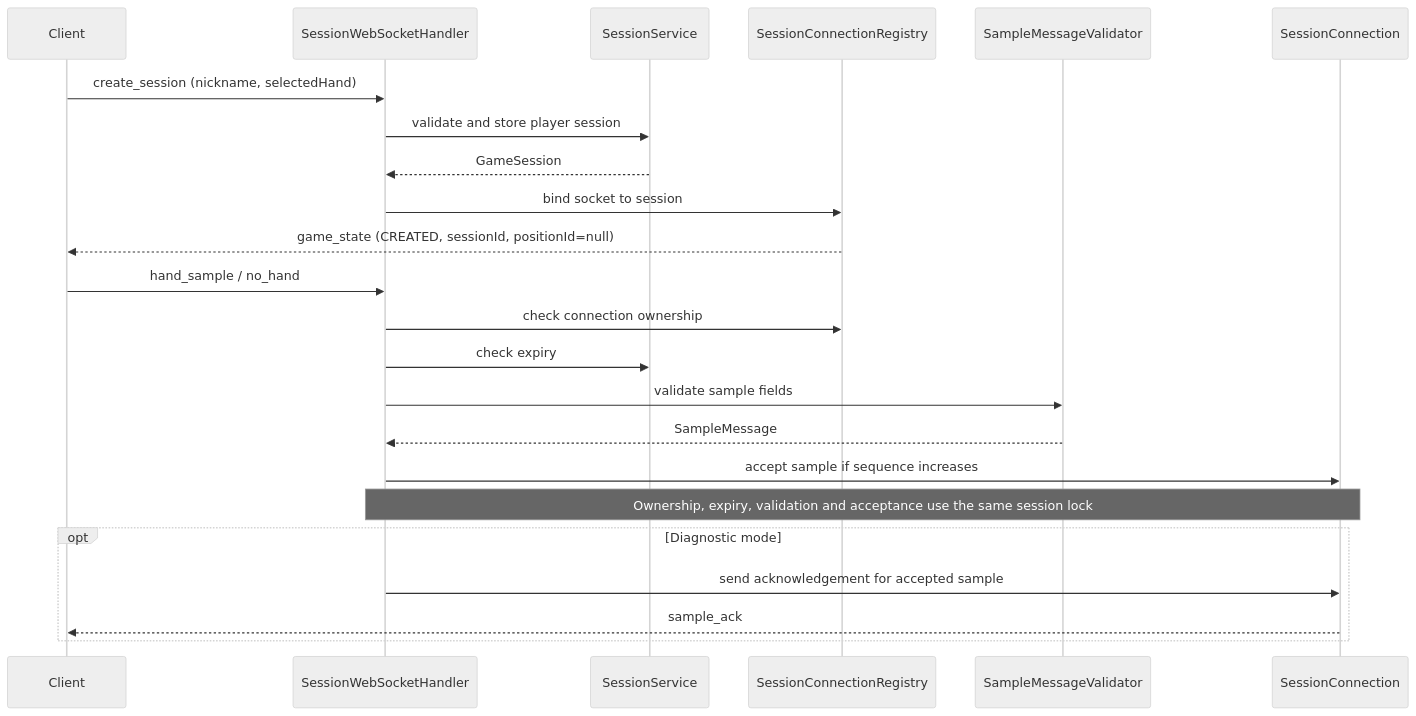
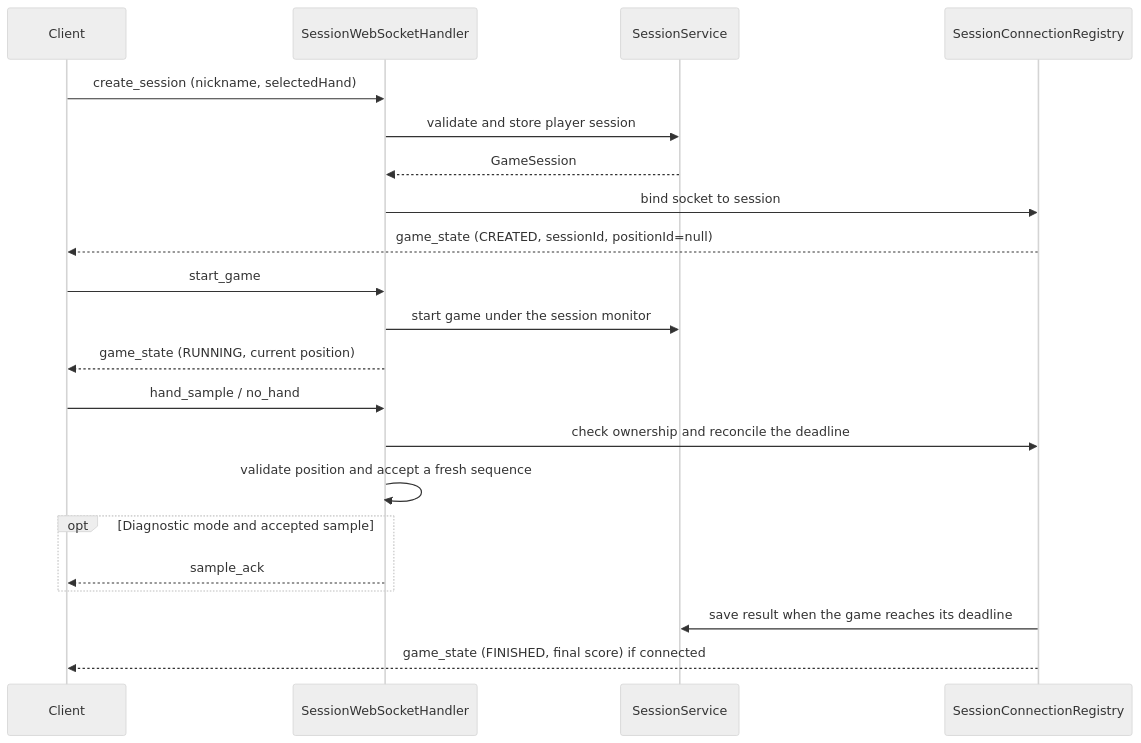
The first of 2 diagrams in docs/backend-architecture.md (PJATK-AI/SLLAPP-ScienceCom-2026), drawn with Mermaid (neutral theme) before and after one commit. The commit also changed other lines of this file and 16 other files, not shown here.

````diff
--- a/docs/backend-architecture.md
+++ b/docs/backend-architecture.md
@@ -132,25 +139,23 @@
 ```mermaid
 sequenceDiagram
     participant Client
     participant WS as SessionWebSocketHandler
     participant Sessions as SessionService
     participant Connections as SessionConnectionRegistry
-    participant Validator as SampleMessageValidator
-    participant Connection as SessionConnection
     Client->>WS: create_session (nickname, selectedHand)
     WS->>Sessions: validate and store player session
     Sessions-->>WS: GameSession
     WS->>Connections: bind socket to session
     Connections-->>Client: game_state (CREATED, sessionId, positionId=null)
+    Client->>WS: start_game
+    WS->>Sessions: start game under the session monitor
+    WS-->>Client: game_state (RUNNING, current position)
     Client->>WS: hand_sample / no_hand
-    WS->>Connections: check connection ownership
-    WS->>Sessions: check expiry
-    WS->>Validator: validate sample fields
-    Validator-->>WS: SampleMessage
-    WS->>Connection: accept sample if sequence increases
-    Note over WS,Connection: Ownership, expiry, validation and acceptance use the same session lock
-    opt Diagnostic mode
-        WS->>Connection: send acknowledgement for accepted sample
-        Connection-->>Client: sample_ack
+    WS->>Connections: check ownership and reconcile the deadline
+    WS->>WS: validate position and accept a fresh sequence
+    opt Diagnostic mode and accepted sample
+        WS-->>Client: sample_ack
     end
+    Connections->>Sessions: save result when the game reaches its deadline
+    Connections-->>Client: game_state (FINISHED, final score) if connected
 ```
````
